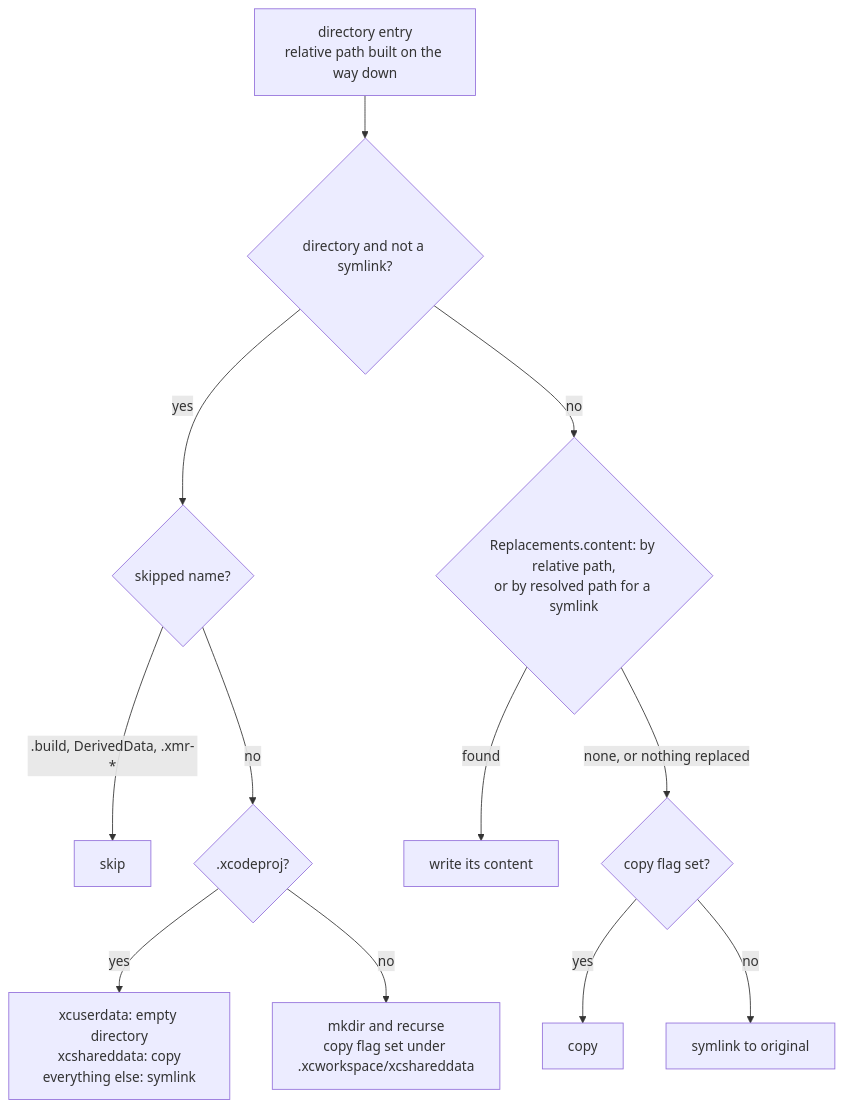
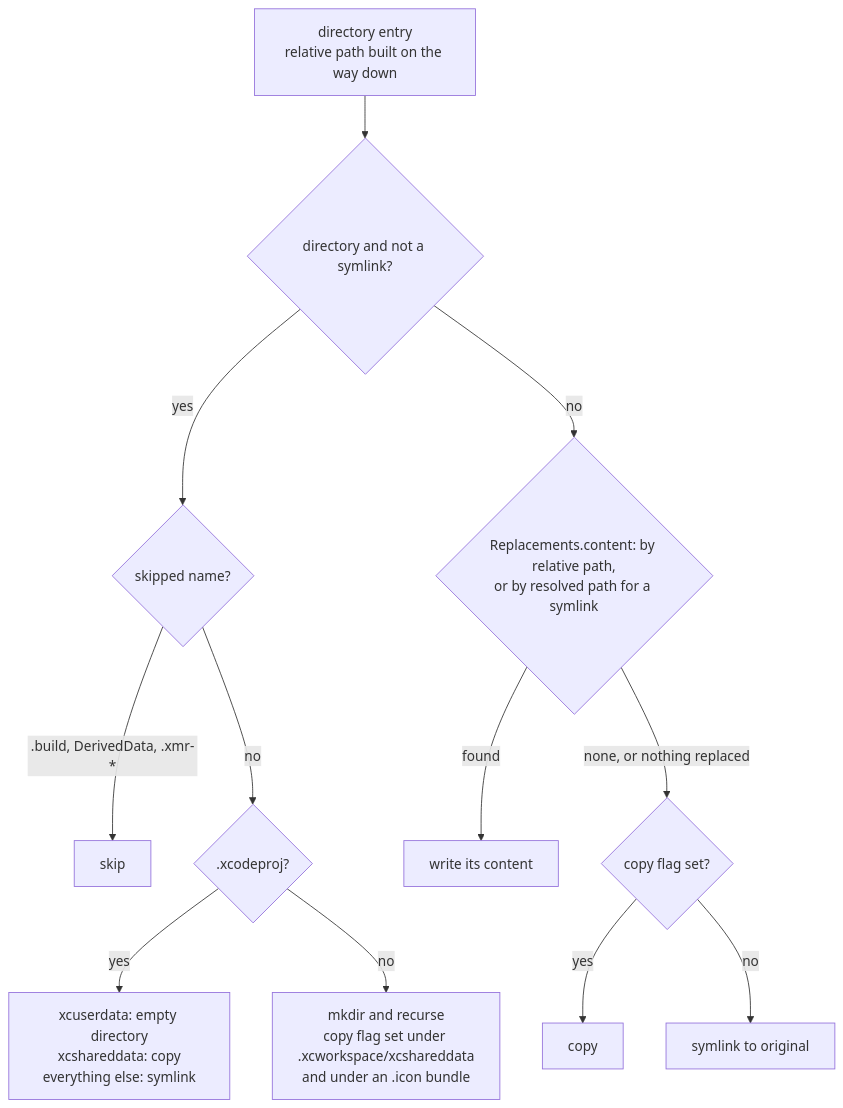
Before and after one commit to ericodx/swift-mutation-testing: the first of 2 diagrams in Docs/CodeBase/06-sandbox-build.md, drawn with Mermaid. The commit also changed other lines of this file and 1 other file, not shown here.

Commit message:
docs: describe Icon Composer bundles being copied into the sandbox

````diff
--- a/Docs/CodeBase/06-sandbox-build.md
+++ b/Docs/CodeBase/06-sandbox-build.md
@@ -51,14 +51,14 @@
 ```mermaid
 flowchart TD
     ITEM["directory entry<br>relative path built on the way down"] --> KIND{"directory and not a symlink?"}
     KIND -- yes --> SKIP{"skipped name?"}
     SKIP -- ".build, DerivedData, .xmr-*" --> DROP["skip"]
     SKIP -- no --> XCODEPROJ{".xcodeproj?"}
     XCODEPROJ -- yes --> PROJ["xcuserdata: empty directory<br>xcshareddata: copy<br>everything else: symlink"]
-    XCODEPROJ -- no --> RECURSE["mkdir and recurse<br>copy flag set under .xcworkspace/xcshareddata"]
+    XCODEPROJ -- no --> RECURSE["mkdir and recurse<br>copy flag set under .xcworkspace/xcshareddata<br>and under an .icon bundle"]
     KIND -- no --> REPLACED{"Replacements.content: by relative path,<br>or by resolved path for a symlink"}
     REPLACED -- found --> WRITE["write its content"]
     REPLACED -- "none, or nothing replaced" --> SHARED{"copy flag set?"}
     SHARED -- yes --> COPY["copy"]
     SHARED -- no --> SYMLINK["symlink to original"]
 ```
````
